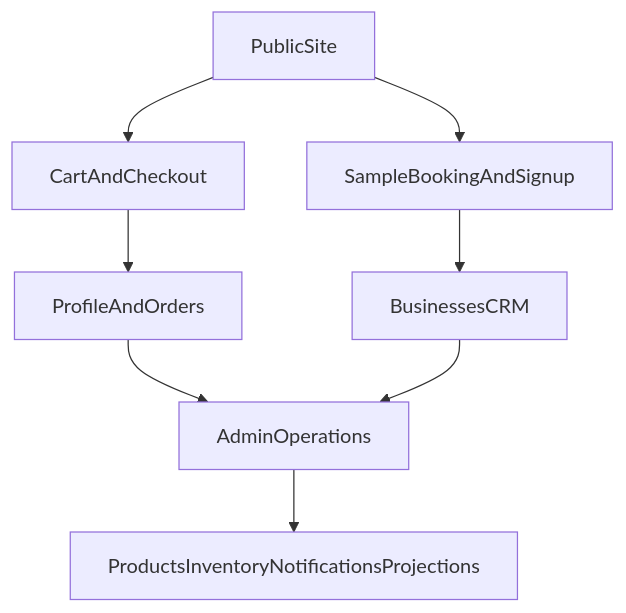
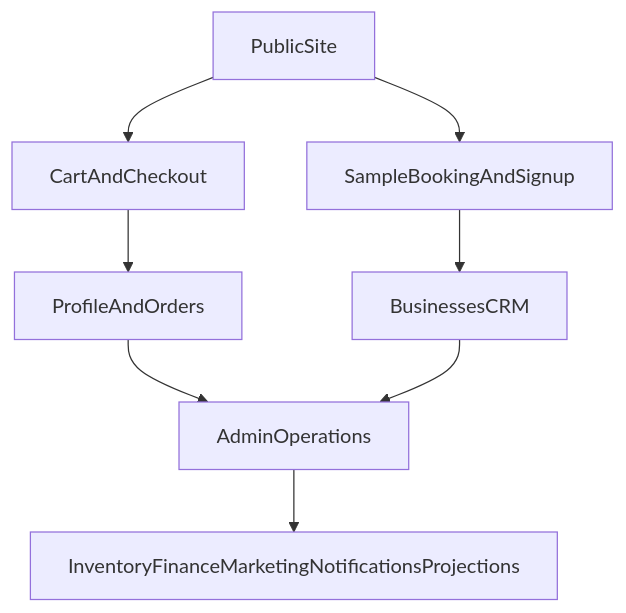
One commit to silverxhexhaj/vento-caffe changed the second of 2 diagrams in PRD.md. Above: the diagram before and after it, drawn with Mermaid. The commit also changed other lines of this file, not shown here.

````diff
--- a/PRD.md
+++ b/PRD.md
@@ -90,10 +174,10 @@
 ```mermaid
 flowchart TD
   publicSite[PublicSite] --> leadCapture[SampleBookingAndSignup]
   publicSite --> commerce[CartAndCheckout]
   commerce --> accountArea[ProfileAndOrders]
   leadCapture --> crmLayer[BusinessesCRM]
   accountArea --> adminOps[AdminOperations]
   crmLayer --> adminOps
-  adminOps --> inventoryLayer[ProductsInventoryNotificationsProjections]
+  adminOps --> backOffice[InventoryFinanceMarketingNotificationsProjections]
 ```
````
